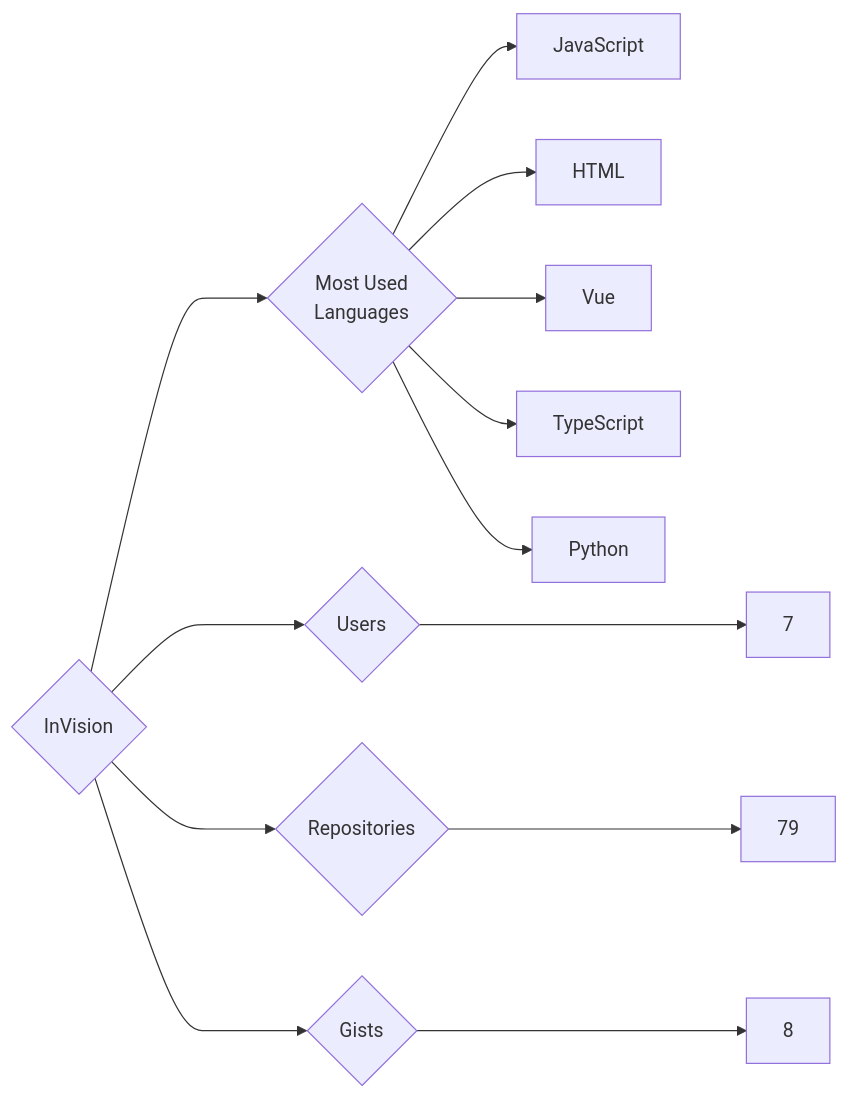
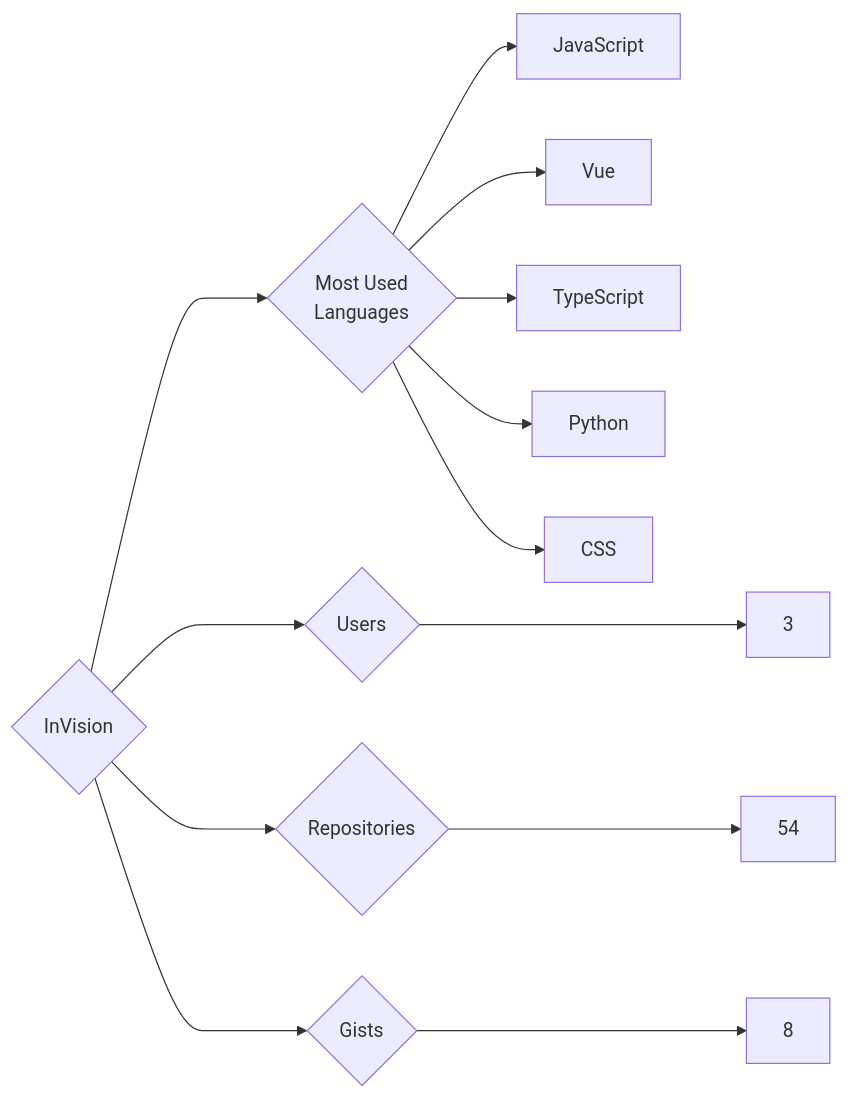
One commit to trickest/insiders changed the diagram in targets/InVision/README.md. Above: the diagram before and after it, drawn with Mermaid. The commit also changed 951 other files, not shown here.

````diff
--- a/targets/InVision/README.md
+++ b/targets/InVision/README.md
@@ -3,13 +3,13 @@
 ```mermaid
 graph LR
 COMPANY_NAME{InVision}
-COMPANY_NAME ---> U{Users} ---> UN[7]
-COMPANY_NAME ---> R{Repositories} ---> RN[79]
+COMPANY_NAME ---> U{Users} ---> UN[3]
+COMPANY_NAME ---> R{Repositories} ---> RN[54]
 COMPANY_NAME ---> G{Gists} ---> GN[8]
 COMPANY_NAME ---> ML{Most Used<br>Languages}
 ML --> JavaScript[JavaScript]
-ML --> HTML[HTML]
 ML --> Vue[Vue]
 ML --> TypeScript[TypeScript]
 ML --> Python[Python]
+ML --> CSS[CSS]
 ```
````
